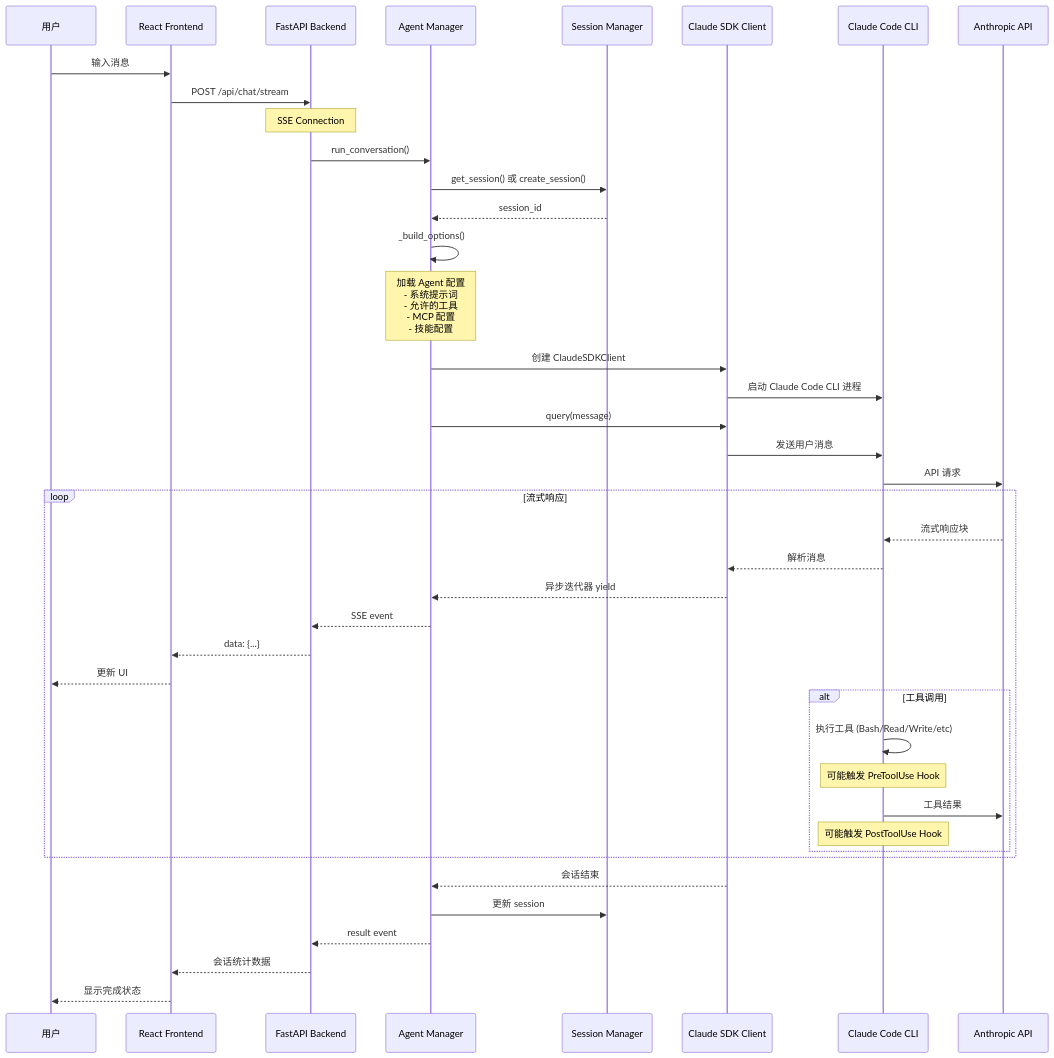
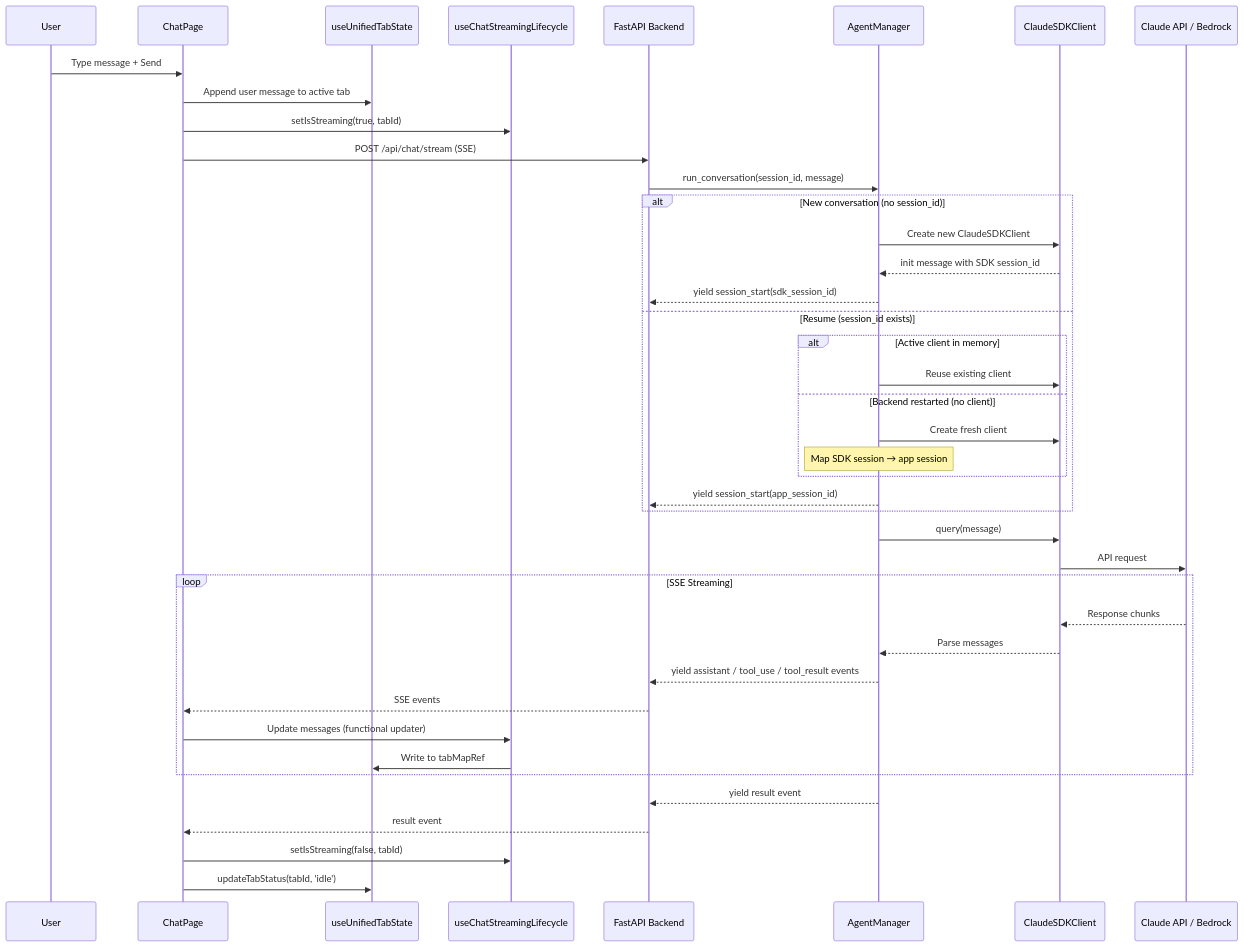
Before and after one commit to xg-gh-25/SwarmAI: the second of 8 diagrams in .kiro/specs/FLOWCHARTS.md, drawn with Mermaid. The commit also changed other lines of this file, not shown here.

First line of the commit message:
docs: Rewrite FLOWCHARTS.md with current system mermaid diagrams

````diff
--- a/.kiro/specs/FLOWCHARTS.md
+++ b/.kiro/specs/FLOWCHARTS.md
@@ -49,51 +43,49 @@
 ```mermaid
 sequenceDiagram
-    participant User as 用户
-    participant Frontend as React Frontend
+    participant User
+    participant ChatPage
+    participant TabMap as useUnifiedTabState
+    participant StreamHook as useChatStreamingLifecycle
     participant API as FastAPI Backend
-    participant AM as Agent Manager
-    participant SM as Session Manager
-    participant SDK as Claude SDK Client
-    participant CLI as Claude Code CLI
-    participant Claude as Anthropic API
+    participant AM as AgentManager
+    participant SDK as ClaudeSDKClient
+    participant Claude as Claude API / Bedrock
 
-    User->>Frontend: 输入消息
-    Frontend->>API: POST /api/chat/stream
-    Note over API: SSE Connection
+    User->>ChatPage: Type message + Send
+    ChatPage->>TabMap: Append user message to active tab
+    ChatPage->>StreamHook: setIsStreaming(true, tabId)
+    ChatPage->>API: POST /api/chat/stream (SSE)
 
-    API->>AM: run_conversation()
-    AM->>SM: get_session() 或 create_session()
-    SM-->>AM: session_id
+    API->>AM: run_conversation(session_id, message)
 
-    AM->>AM: _build_options()
-    Note over AM: 加载 Agent 配置<br/>- 系统提示词<br/>- 允许的工具<br/>- MCP 配置<br/>- 技能配置
-
-    AM->>SDK: 创建 ClaudeSDKClient
-    SDK->>CLI: 启动 Claude Code CLI 进程
+    alt New conversation (no session_id)
+        AM->>SDK: Create new ClaudeSDKClient
+        SDK-->>AM: init message with SDK session_id
+        AM-->>API: yield session_start(sdk_session_id)
+    else Resume (session_id exists)
+        alt Active client in memory
+            AM->>SDK: Reuse existing client
+        else Backend restarted (no client)
+            AM->>SDK: Create fresh client
+            Note over AM: Map SDK session → app session
+        end
+        AM-->>API: yield session_start(app_session_id)
+    end
 
     AM->>SDK: query(message)
-    SDK->>CLI: 发送用户消息
-    CLI->>Claude: API 请求
+    SDK->>Claude: API request
 
-    loop 流式响应
-        Claude-->>CLI: 流式响应块
-        CLI-->>SDK: 解析消息
-        SDK-->>AM: 异步迭代器 yield
-        AM-->>API: SSE event
-        API-->>Frontend: data: {...}
-        Frontend-->>User: 更新 UI
-
-        alt 工具调用
-            CLI->>CLI: 执行工具 (Bash/Read/Write/etc)
-            Note over CLI: 可能触发 PreToolUse Hook
-            CLI->>Claude: 工具结果
-            Note over CLI: 可能触发 PostToolUse Hook
-        end
+    loop SSE Streaming
+        Claude-->>SDK: Response chunks
+        SDK-->>AM: Parse messages
+        AM-->>API: yield assistant / tool_use / tool_result events
+        API-->>ChatPage: SSE events
+        ChatPage->>StreamHook: Update messages (functional updater)
+        StreamHook->>TabMap: Write to tabMapRef
     end
 
-    SDK-->>AM: 会话结束
-    AM->>SM: 更新 session
-    AM-->>API: result event
-    API-->>Frontend: 会话统计数据
-    Frontend-->>User: 显示完成状态
+    AM-->>API: yield result event
+    API-->>ChatPage: result event
+    ChatPage->>StreamHook: setIsStreaming(false, tabId)
+    ChatPage->>TabMap: updateTabStatus(tabId, 'idle')
 ```
````
